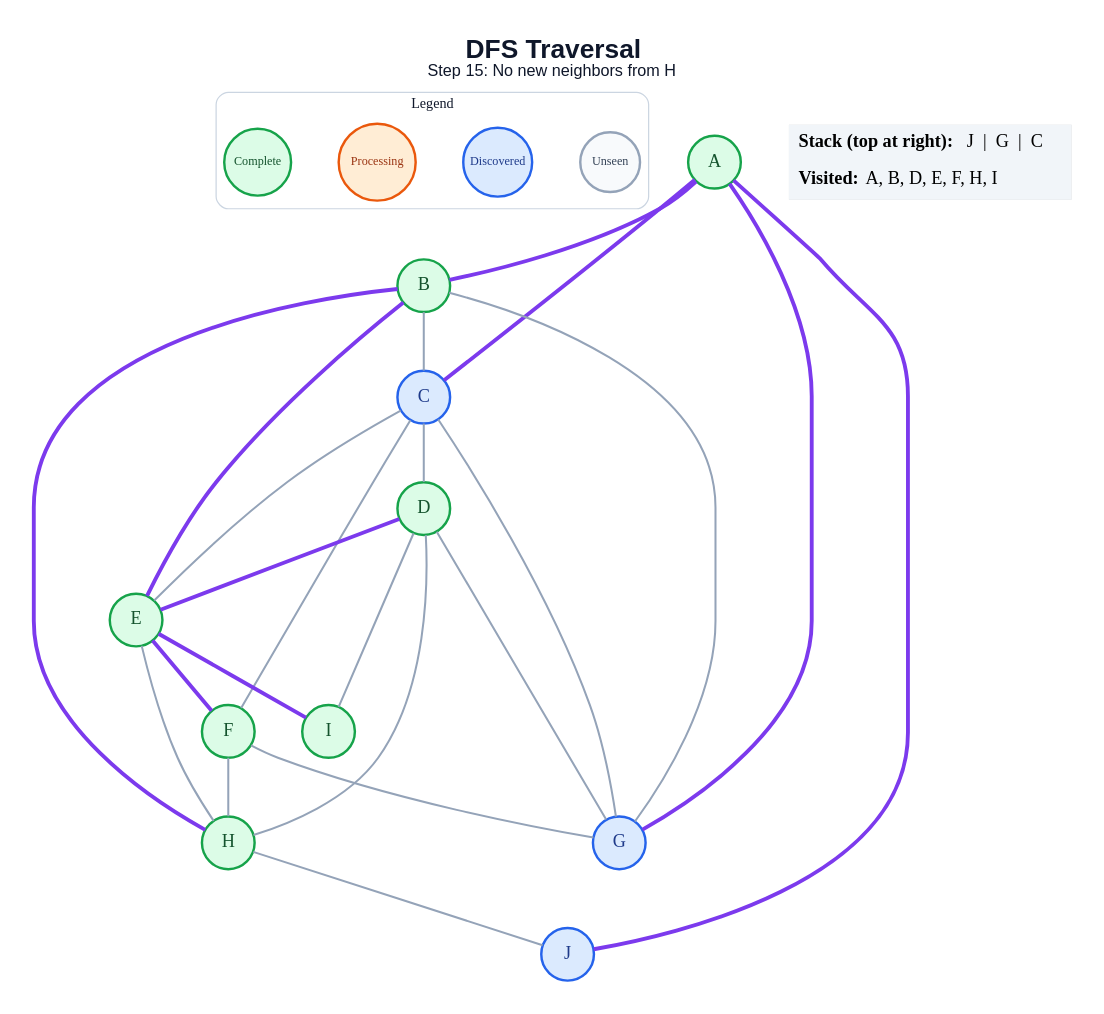
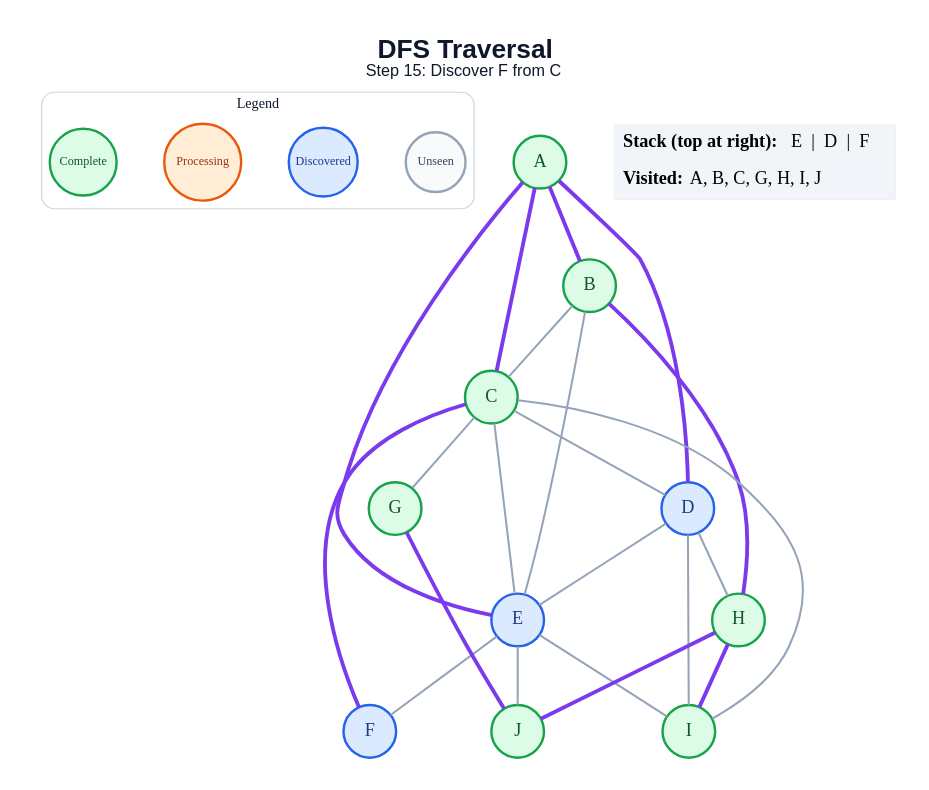
Before and after one commit to anon7238593-create/ai-slop: the diagram in generated/dfs/step_15.dot, drawn with Graphviz. The commit also changed 171 other files, not shown here.

```diff
--- a/generated/dfs/step_15.dot
+++ b/generated/dfs/step_15.dot
@@ -1,51 +1,50 @@
 graph traversal {
   graph [layout=dot, rankdir=TB, bgcolor="#FFFFFF", pad="0.35", nodesep="0.65", ranksep="0.8", fontname="Arial"];
   node [shape=circle, style="filled", fontname="Arial Bold", fontsize=18, width=0.72, fixedsize=true, penwidth=2.4];
   edge [color="#94A3B8", penwidth=2.0];
-  label=<<B>DFS Traversal</B><BR/><FONT POINT-SIZE="16">Step 15: No new neighbors from H</FONT>>; labelloc="t"; fontsize=26; fontname="Arial"; fontcolor="#0F172A";
+  label=<<B>DFS Traversal</B><BR/><FONT POINT-SIZE="16">Step 15: Discover F from C</FONT>>; labelloc="t"; fontsize=26; fontname="Arial"; fontcolor="#0F172A";
   subgraph cluster_legend { label="Legend"; color="#CBD5E1"; penwidth=1.2; style="rounded"; fontsize=14; fontname="Arial Bold";
     key_unseen [label="Unseen", fillcolor="#F8FAFC", color="#94A3B8", fontcolor="#334155", fontsize=12, width=0.82];
     key_frontier [label="Discovered", fillcolor="#DBEAFE", color="#2563EB", fontcolor="#1E3A8A", fontsize=12, width=0.95];
     key_current [label="Processing", fillcolor="#FFEDD5", color="#EA580C", fontcolor="#9A3412", fontsize=12, width=1.05];
     key_done [label="Complete", fillcolor="#DCFCE7", color="#16A34A", fontcolor="#14532D", fontsize=12, width=0.92];
     { rank=same; key_unseen; key_frontier; key_current; key_done; }
   }
   A [fillcolor="#DCFCE7", color="#16A34A", fontcolor="#14532D"];
   B [fillcolor="#DCFCE7", color="#16A34A", fontcolor="#14532D"];
-  C [fillcolor="#DBEAFE", color="#2563EB", fontcolor="#1E3A8A"];
-  D [fillcolor="#DCFCE7", color="#16A34A", fontcolor="#14532D"];
-  E [fillcolor="#DCFCE7", color="#16A34A", fontcolor="#14532D"];
-  F [fillcolor="#DCFCE7", color="#16A34A", fontcolor="#14532D"];
-  G [fillcolor="#DBEAFE", color="#2563EB", fontcolor="#1E3A8A"];
+  C [fillcolor="#DCFCE7", color="#16A34A", fontcolor="#14532D"];
+  D [fillcolor="#DBEAFE", color="#2563EB", fontcolor="#1E3A8A"];
+  E [fillcolor="#DBEAFE", color="#2563EB", fontcolor="#1E3A8A"];
+  F [fillcolor="#DBEAFE", color="#2563EB", fontcolor="#1E3A8A"];
+  G [fillcolor="#DCFCE7", color="#16A34A", fontcolor="#14532D"];
   H [fillcolor="#DCFCE7", color="#16A34A", fontcolor="#14532D"];
   I [fillcolor="#DCFCE7", color="#16A34A", fontcolor="#14532D"];
-  J [fillcolor="#DBEAFE", color="#2563EB", fontcolor="#1E3A8A"];
+  J [fillcolor="#DCFCE7", color="#16A34A", fontcolor="#14532D"];
   A -- B [color="#7C3AED", penwidth=3.8];
   A -- C [color="#7C3AED", penwidth=3.8];
-  A -- G [color="#7C3AED", penwidth=3.8];
-  A -- J [color="#7C3AED", penwidth=3.8];
+  A -- D [color="#7C3AED", penwidth=3.8];
+  A -- E [color="#7C3AED", penwidth=3.8];
   B -- C;
-  B -- E [color="#7C3AED", penwidth=3.8];
-  B -- G;
+  B -- E;
   B -- H [color="#7C3AED", penwidth=3.8];
   C -- D;
   C -- E;
-  C -- F;
+  C -- F [color="#7C3AED", penwidth=3.8];
   C -- G;
-  D -- E [color="#7C3AED", penwidth=3.8];
-  D -- G;
+  C -- I;
+  D -- E;
   D -- H;
   D -- I;
-  E -- F [color="#7C3AED", penwidth=3.8];
-  E -- H;
-  E -- I [color="#7C3AED", penwidth=3.8];
-  F -- G;
-  F -- H;
-  H -- J;
+  E -- F;
+  E -- I;
+  E -- J;
+  G -- J [color="#7C3AED", penwidth=3.8];
+  H -- I [color="#7C3AED", penwidth=3.8];
+  H -- J [color="#7C3AED", penwidth=3.8];
   status [shape=plain, fixedsize=false, width=0, height=0, margin=0, label=<
     <TABLE BORDER="0" CELLBORDER="0" CELLPADDING="7" BGCOLOR="#F1F5F9">
-      <TR><TD ALIGN="LEFT"><B>Stack (top at right):</B> J  |  G  |  C</TD></TR>
-      <TR><TD ALIGN="LEFT"><B>Visited:</B> A, B, D, E, F, H, I</TD></TR>
+      <TR><TD ALIGN="LEFT"><B>Stack (top at right):</B> E  |  D  |  F</TD></TR>
+      <TR><TD ALIGN="LEFT"><B>Visited:</B> A, B, C, G, H, I, J</TD></TR>
     </TABLE>
   >];
 }
```
